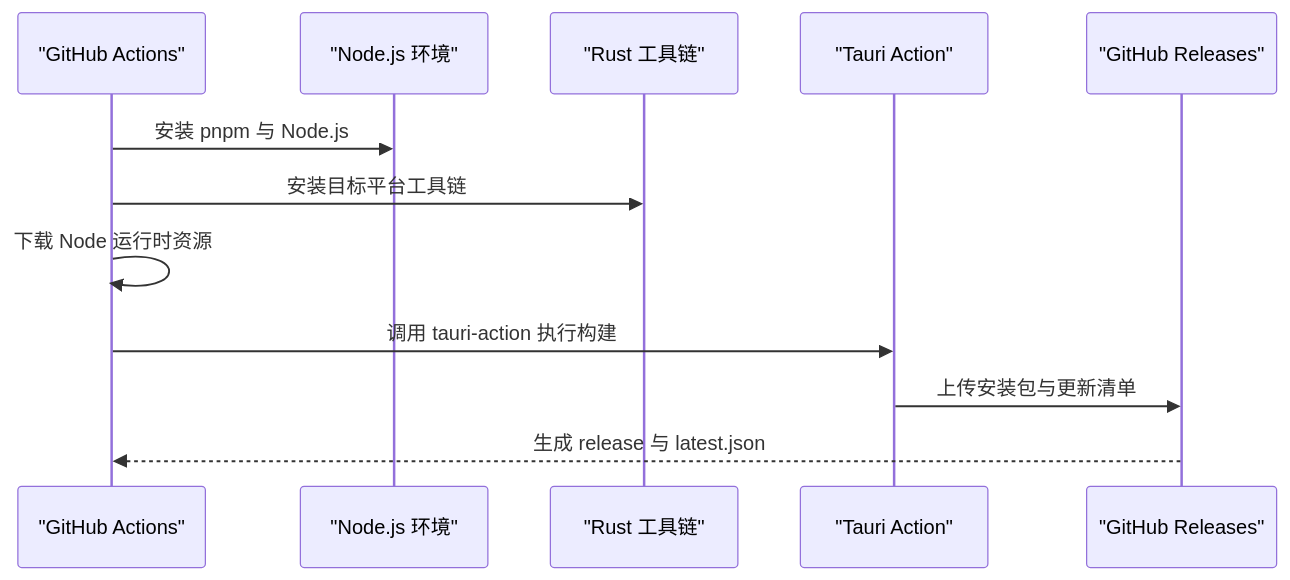
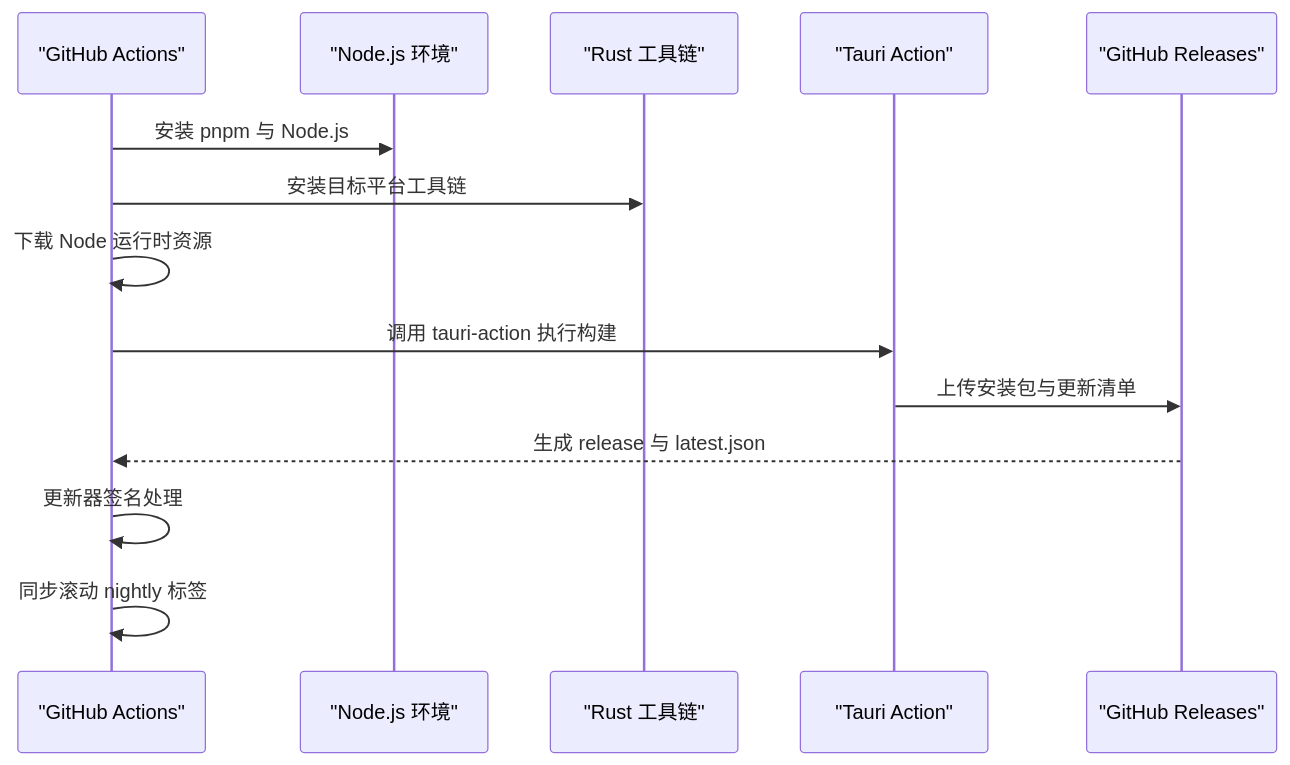
The fifth of 7 diagrams in .qoder/repowiki/zh/content/部署和发布/发布流程.md (RabbitAI-Lab/RabbitCoding), drawn with Mermaid before and after one commit. The commit also changed other lines of this file and 32 other files, not shown here.

````diff
--- a/.qoder/repowiki/zh/content/部署和发布/发布流程.md
+++ b/.qoder/repowiki/zh/content/部署和发布/发布流程.md
@@ -193,14 +226,16 @@
 ```mermaid
 sequenceDiagram
 participant CI as "GitHub Actions"
 participant Node as "Node.js 环境"
 participant Rust as "Rust 工具链"
 participant Tauri as "Tauri Action"
 participant GH as "GitHub Releases"
 CI->>Node : 安装 pnpm 与 Node.js
 CI->>Rust : 安装目标平台工具链
 CI->>CI : 下载 Node 运行时资源
 CI->>Tauri : 调用 tauri-action 执行构建
 Tauri->>GH : 上传安装包与更新清单
 GH-->>CI : 生成 release 与 latest.json
+CI->>CI : 更新器签名处理
+CI->>CI : 同步滚动 nightly 标签
 ```
````
